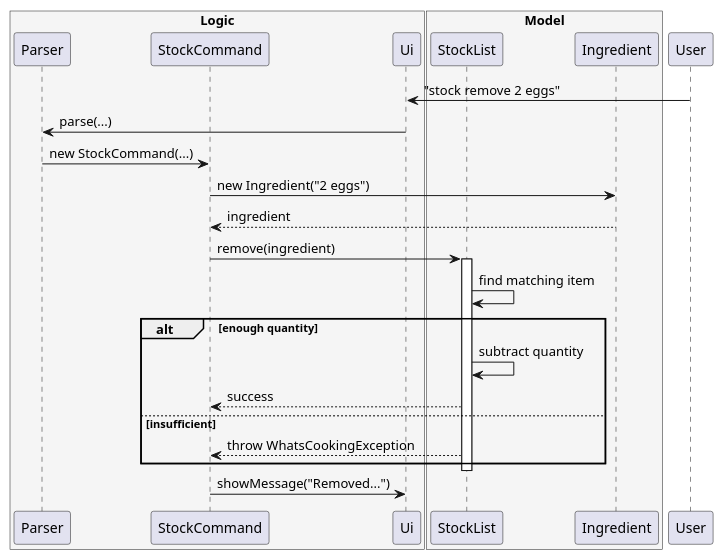
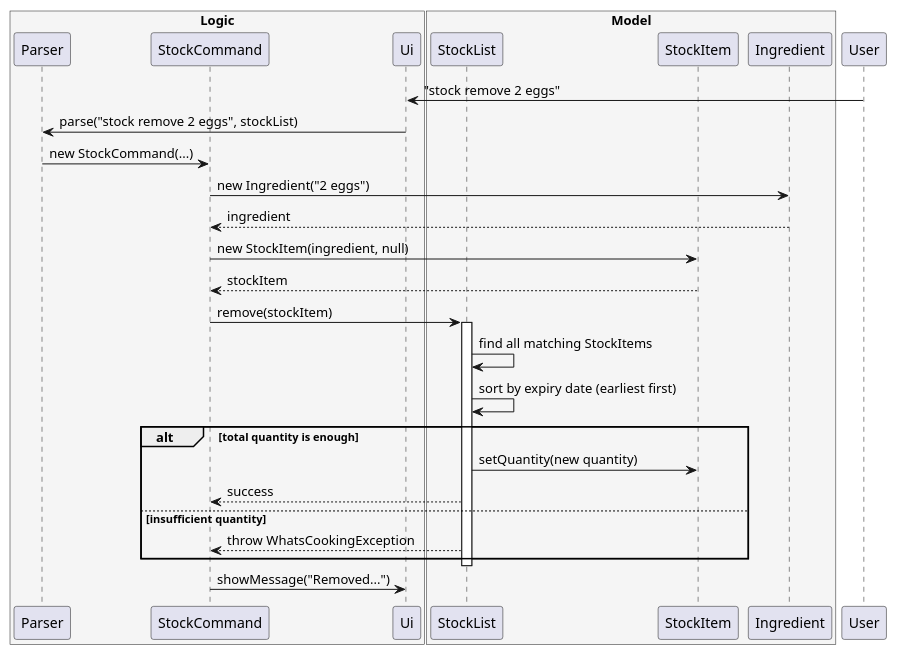
The diagram in docs/diagrams/stock-remove.puml (AY2627S1-CS2113-W14-3/tp), drawn with PlantUML before and after one commit. The commit also changed 14 other files, not shown here.

Commit message:
Implement stock expiry dates and update UG/DG documentation

```diff
--- a/docs/diagrams/stock-remove.puml
+++ b/docs/diagrams/stock-remove.puml
@@ -1,32 +1,38 @@
 @startuml
 
 box "Logic" #F5F5F5
 participant "Parser" as Parser
 participant "StockCommand" as StockCmd
 participant "Ui" as Ui
 end box
 
 box "Model" #F5F5F5
 participant "StockList" as Stock
+participant "StockItem" as Item
 participant "Ingredient" as Ing
 end box
 
 User -> Ui : "stock remove 2 eggs"
-Ui -> Parser : parse(...)
+Ui -> Parser : parse("stock remove 2 eggs", stockList)
 Parser -> StockCmd : new StockCommand(...)
 StockCmd -> Ing : new Ingredient("2 eggs")
 Ing --> StockCmd : ingredient
-StockCmd -> Stock : remove(ingredient)
+StockCmd -> Item : new StockItem(ingredient, null)
+Item --> StockCmd : stockItem
+
+StockCmd -> Stock : remove(stockItem)
 
 activate Stock
-Stock -> Stock : find matching item
-alt enough quantity
-    Stock -> Stock : subtract quantity
+Stock -> Stock : find all matching StockItems
+Stock -> Stock : sort by expiry date (earliest first)
+alt total quantity is enough
+    Stock -> Item : setQuantity(new quantity)
     Stock --> StockCmd : success
-else insufficient
+else insufficient quantity
     Stock --> StockCmd : throw WhatsCookingException
 end
 deactivate Stock
 
 StockCmd -> Ui : showMessage("Removed...")
+
 @enduml
```
